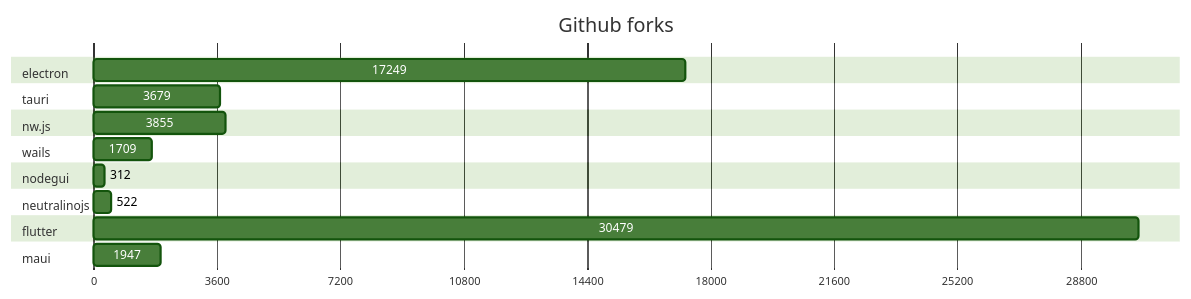
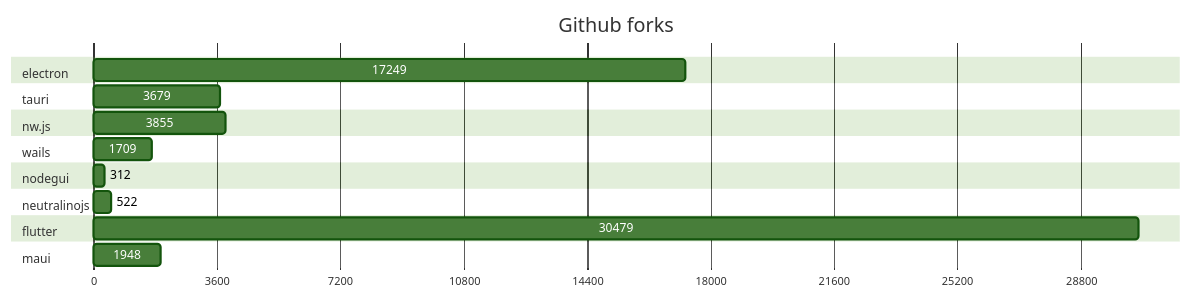
The second of 2 diagrams in GRAPHS.md (Elanis/web-to-desktop-framework-comparison), drawn with Mermaid (forest theme) before and after one commit. The commit also changed other lines of this file and 1 other file, not shown here.

````diff
--- a/GRAPHS.md
+++ b/GRAPHS.md
@@ -47,40 +47,40 @@
 ```mermaid
 gantt
     title Github forks
     dateFormat  X
     axisFormat %s
 
 
 	section electron
 	17249 : 0, 17249
 
 	
 	section tauri
 	3679 : 0, 3679
 
 	
 	section nw.js
 	3855 : 0, 3855
 
 	
 	section wails
 	1709 : 0, 1709
 
 	
 	section nodegui
 	312 : 0, 312
 
 	
 	section neutralinojs
 	522 : 0, 522
 
 	
 	section flutter
 	30479 : 0, 30479
 
 	
 	section maui
-	1947 : 0, 1947
+	1948 : 0, 1948
 
 	
 ```
````
